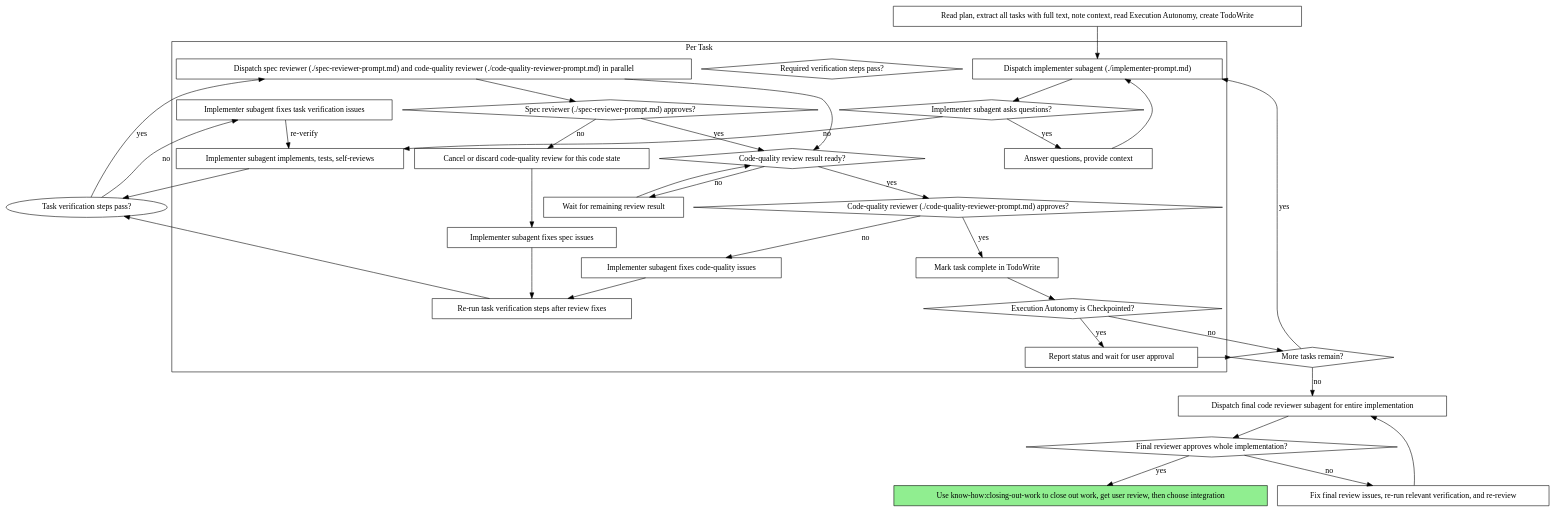
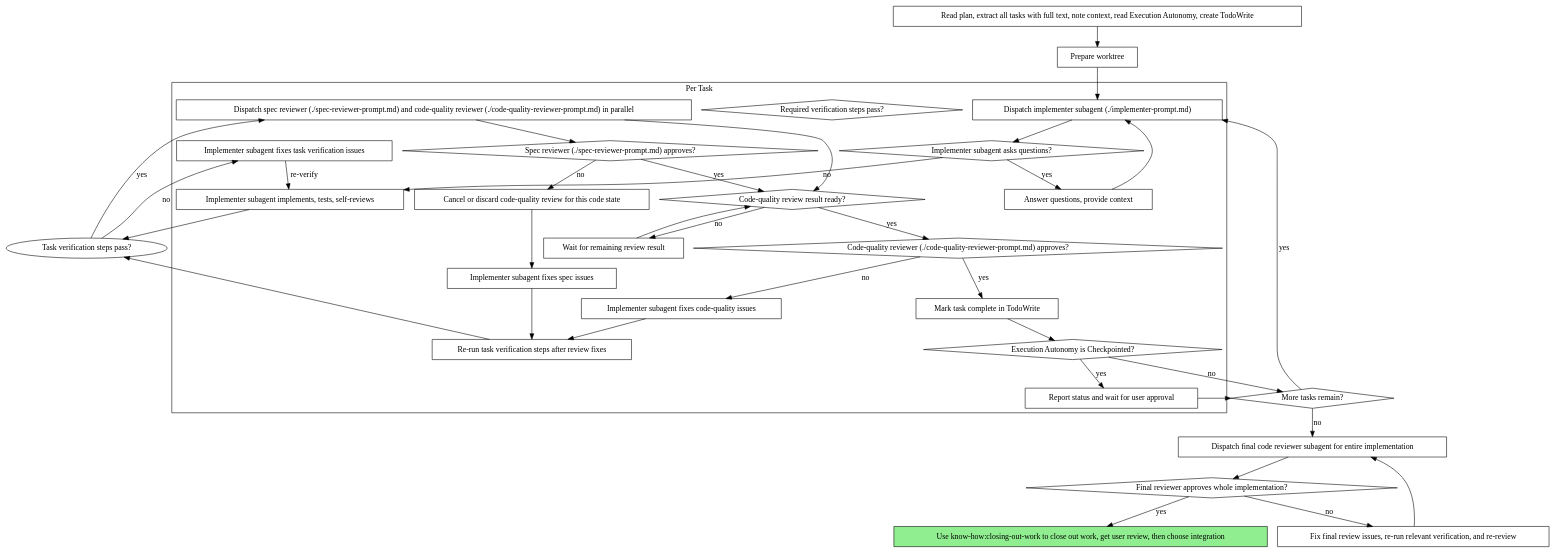
The second of 2 diagrams in skills/subagent-driven-development/SKILL.md (clashmar/know-how), drawn with Graphviz before and after one commit. The commit also changed other lines of this file and 2 other files, not shown here.

Commit message:
feat: add worktree instructions

````diff
--- a/skills/subagent-driven-development/SKILL.md
+++ b/skills/subagent-driven-development/SKILL.md
@@ -47,67 +47,69 @@
 ```dot
 digraph process {
     rankdir=TB;
 
     subgraph cluster_per_task {
         label="Per Task";
         "Dispatch implementer subagent (./implementer-prompt.md)" [shape=box];
         "Implementer subagent asks questions?" [shape=diamond];
         "Answer questions, provide context" [shape=box];
         "Implementer subagent implements, tests, self-reviews" [shape=box];
         "Required verification steps pass?" [shape=diamond];
         "Implementer subagent fixes task verification issues" [shape=box];
         "Dispatch spec reviewer (./spec-reviewer-prompt.md) and code-quality reviewer (./code-quality-reviewer-prompt.md) in parallel" [shape=box];
         "Spec reviewer (./spec-reviewer-prompt.md) approves?" [shape=diamond];
         "Cancel or discard code-quality review for this code state" [shape=box];
         "Code-quality review result ready?" [shape=diamond];
         "Wait for remaining review result" [shape=box];
         "Code-quality reviewer (./code-quality-reviewer-prompt.md) approves?" [shape=diamond];
         "Implementer subagent fixes spec issues" [shape=box];
         "Implementer subagent fixes code-quality issues" [shape=box];
         "Re-run task verification steps after review fixes" [shape=box];
         "Mark task complete in TodoWrite" [shape=box];
         "Execution Autonomy is Checkpointed?" [shape=diamond];
         "Report status and wait for user approval" [shape=box];
     }
 
     "Read plan, extract all tasks with full text, note context, read Execution Autonomy, create TodoWrite" [shape=box];
+    "Prepare worktree" [shape=box];
     "More tasks remain?" [shape=diamond];
     "Dispatch final code reviewer subagent for entire implementation" [shape=box];
     "Final reviewer approves whole implementation?" [shape=diamond];
     "Fix final review issues, re-run relevant verification, and re-review" [shape=box];
     "Use know-how:closing-out-work to close out work, get user review, then choose integration" [shape=box style=filled fillcolor=lightgreen];
 
-    "Read plan, extract all tasks with full text, note context, read Execution Autonomy, create TodoWrite" -> "Dispatch implementer subagent (./implementer-prompt.md)";
+    "Read plan, extract all tasks with full text, note context, read Execution Autonomy, create TodoWrite" -> "Prepare worktree";
+    "Prepare worktree" -> "Dispatch implementer subagent (./implementer-prompt.md)";
     "Dispatch implementer subagent (./implementer-prompt.md)" -> "Implementer subagent asks questions?";
     "Implementer subagent asks questions?" -> "Answer questions, provide context" [label="yes"];
     "Answer questions, provide context" -> "Dispatch implementer subagent (./implementer-prompt.md)";
     "Implementer subagent asks questions?" -> "Implementer subagent implements, tests, self-reviews" [label="no"];
     "Implementer subagent implements, tests, self-reviews" -> "Task verification steps pass?";
     "Task verification steps pass?" -> "Implementer subagent fixes task verification issues" [label="no"];
     "Implementer subagent fixes task verification issues" -> "Implementer subagent implements, tests, self-reviews" [label="re-verify"];
     "Task verification steps pass?" -> "Dispatch spec reviewer (./spec-reviewer-prompt.md) and code-quality reviewer (./code-quality-reviewer-prompt.md) in parallel" [label="yes"];
     "Dispatch spec reviewer (./spec-reviewer-prompt.md) and code-quality reviewer (./code-quality-reviewer-prompt.md) in parallel" -> "Spec reviewer (./spec-reviewer-prompt.md) approves?";
     "Dispatch spec reviewer (./spec-reviewer-prompt.md) and code-quality reviewer (./code-quality-reviewer-prompt.md) in parallel" -> "Code-quality review result ready?";
     "Spec reviewer (./spec-reviewer-prompt.md) approves?" -> "Code-quality review result ready?" [label="yes"];
     "Spec reviewer (./spec-reviewer-prompt.md) approves?" -> "Cancel or discard code-quality review for this code state" [label="no"];
     "Cancel or discard code-quality review for this code state" -> "Implementer subagent fixes spec issues";
     "Implementer subagent fixes spec issues" -> "Re-run task verification steps after review fixes";
     "Code-quality review result ready?" -> "Wait for remaining review result" [label="no"];
     "Wait for remaining review result" -> "Code-quality review result ready?";
     "Code-quality review result ready?" -> "Code-quality reviewer (./code-quality-reviewer-prompt.md) approves?" [label="yes"];
     "Code-quality reviewer (./code-quality-reviewer-prompt.md) approves?" -> "Mark task complete in TodoWrite" [label="yes"];
     "Code-quality reviewer (./code-quality-reviewer-prompt.md) approves?" -> "Implementer subagent fixes code-quality issues" [label="no"];
     "Implementer subagent fixes code-quality issues" -> "Re-run task verification steps after review fixes";
     "Re-run task verification steps after review fixes" -> "Task verification steps pass?";
     "Mark task complete in TodoWrite" -> "Execution Autonomy is Checkpointed?";
     "Execution Autonomy is Checkpointed?" -> "Report status and wait for user approval" [label="yes"];
     "Execution Autonomy is Checkpointed?" -> "More tasks remain?" [label="no"];
     "Report status and wait for user approval" -> "More tasks remain?";
     "More tasks remain?" -> "Dispatch implementer subagent (./implementer-prompt.md)" [label="yes"];
     "More tasks remain?" -> "Dispatch final code reviewer subagent for entire implementation" [label="no"];
     "Dispatch final code reviewer subagent for entire implementation" -> "Final reviewer approves whole implementation?";
     "Final reviewer approves whole implementation?" -> "Use know-how:closing-out-work to close out work, get user review, then choose integration" [label="yes"];
     "Final reviewer approves whole implementation?" -> "Fix final review issues, re-run relevant verification, and re-review" [label="no"];
     "Fix final review issues, re-run relevant verification, and re-review" -> "Dispatch final code reviewer subagent for entire implementation";
 }
 ```
````
